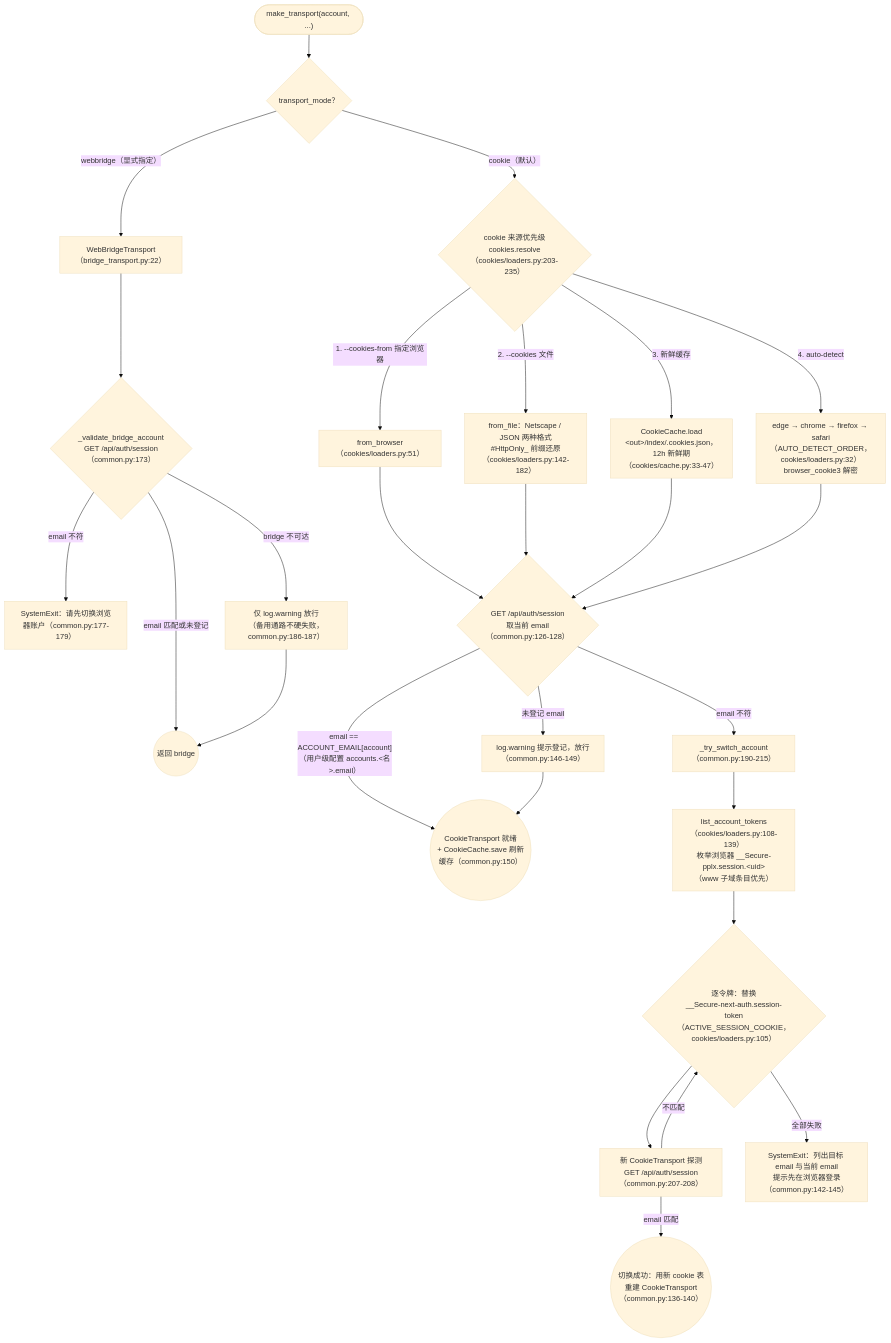
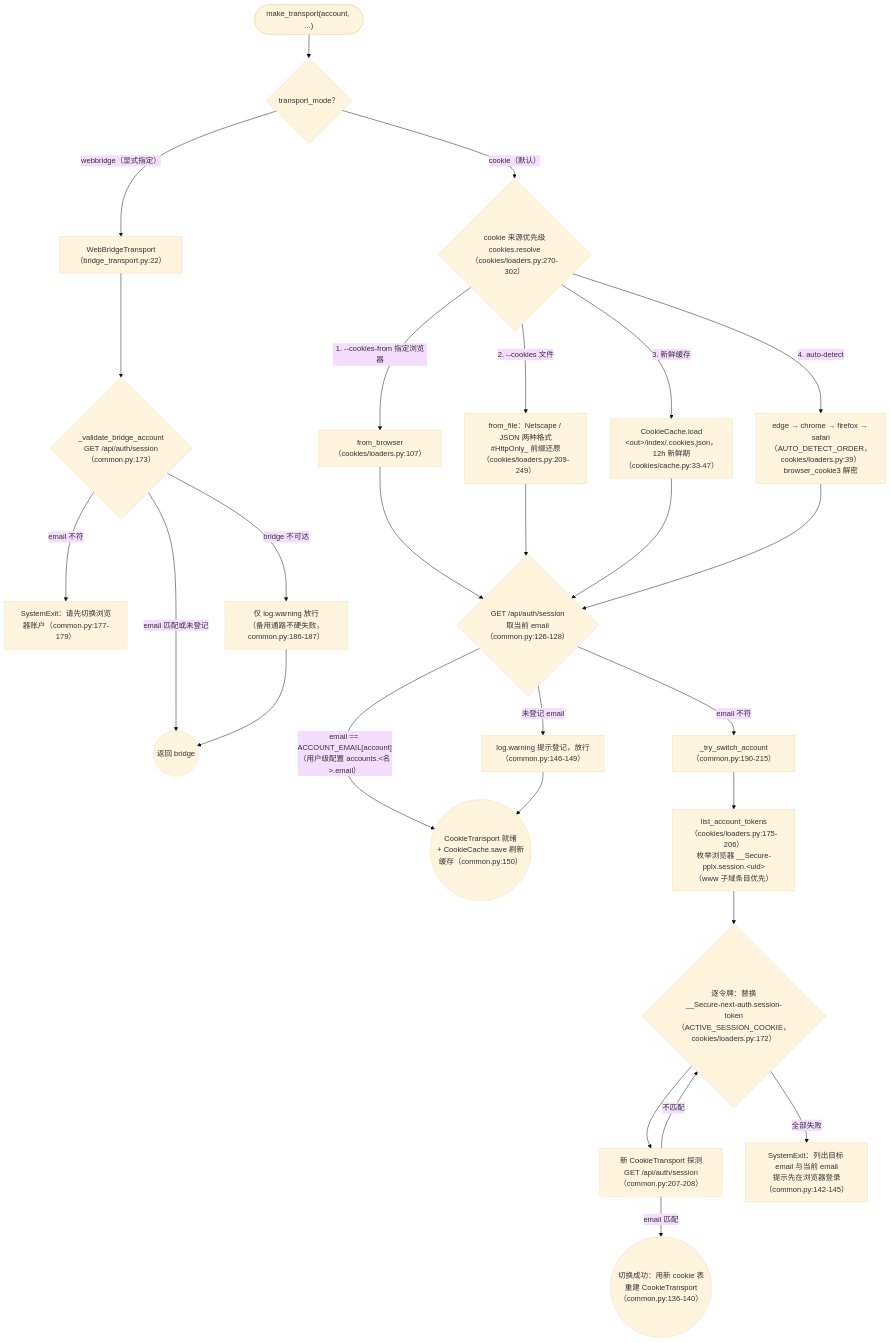
The second of 2 diagrams in docs/architecture/ask-and-accounts.zh-CN.md (Yiksing/pplx-tools), drawn with Mermaid (base theme) before and after one commit. The commit also changed other lines of this file and 7 other files, not shown here.

Commit message:
docs(guide,architecture): document the keyring D-Bus fallback and refresh loaders.py line references

````diff
--- a/docs/architecture/ask-and-accounts.zh-CN.md
+++ b/docs/architecture/ask-and-accounts.zh-CN.md
@@ -71,30 +71,30 @@
 ```mermaid
 flowchart TD
     START(["make_transport(account, ...)"]) --> MODE{"transport_mode？"}
     MODE -->|"webbridge（显式指定）"| WB1["WebBridgeTransport（bridge_transport.py:22）"]
     WB1 --> WB2{"_validate_bridge_account<br/>GET /api/auth/session（common.py:173）"}
     WB2 -->|"email 匹配或未登记"| WBOK(("返回 bridge"))
     WB2 -->|"email 不符"| WBERR["SystemExit：请先切换浏览器账户（common.py:177-179）"]
     WB2 -->|"bridge 不可达"| WBWARN["仅 log.warning 放行<br/>（备用通路不硬失败，common.py:186-187）"]
     WBWARN --> WBOK
 
-    MODE -->|"cookie（默认）"| SRC{"cookie 来源优先级<br/>cookies.resolve（cookies/loaders.py:203-235）"}
-    SRC -->|"1. --cookies-from 指定浏览器"| F1["from_browser（cookies/loaders.py:51）"]
-    SRC -->|"2. --cookies 文件"| F2["from_file：Netscape / JSON 两种格式<br/>#HttpOnly_ 前缀还原（cookies/loaders.py:142-182）"]
+    MODE -->|"cookie（默认）"| SRC{"cookie 来源优先级<br/>cookies.resolve（cookies/loaders.py:270-302）"}
+    SRC -->|"1. --cookies-from 指定浏览器"| F1["from_browser（cookies/loaders.py:107）"]
+    SRC -->|"2. --cookies 文件"| F2["from_file：Netscape / JSON 两种格式<br/>#HttpOnly_ 前缀还原（cookies/loaders.py:209-249）"]
     SRC -->|"3. 新鲜缓存"| F3["CookieCache.load<br/>&lt;out&gt;/index/.cookies.json，12h 新鲜期<br/>（cookies/cache.py:33-47）"]
-    SRC -->|"4. auto-detect"| F4["edge → chrome → firefox → safari<br/>（AUTO_DETECT_ORDER，cookies/loaders.py:32）<br/>browser_cookie3 解密"]
+    SRC -->|"4. auto-detect"| F4["edge → chrome → firefox → safari<br/>（AUTO_DETECT_ORDER，cookies/loaders.py:39）<br/>browser_cookie3 解密"]
     F1 --> SESS
     F2 --> SESS
     F3 --> SESS
     F4 --> SESS
     SESS{"GET /api/auth/session<br/>取当前 email（common.py:126-128）"}
     SESS -->|"email == ACCOUNT_EMAIL[account]<br/>（用户级配置 accounts.&lt;名&gt;.email）"| OK(("CookieTransport 就绪<br/>+ CookieCache.save 刷新缓存（common.py:150）"))
     SESS -->|"未登记 email"| WARN2["log.warning 提示登记，放行（common.py:146-149）"] --> OK
     SESS -->|"email 不符"| SW["_try_switch_account（common.py:190-215）"]
-    SW --> ENUM["list_account_tokens（cookies/loaders.py:108-139）<br/>枚举浏览器 __Secure-pplx.session.&lt;uid&gt;<br/>（www 子域条目优先）"]
-    ENUM --> LOOP{"逐令牌：替换<br/>__Secure-next-auth.session-token<br/>（ACTIVE_SESSION_COOKIE，cookies/loaders.py:105）"}
+    SW --> ENUM["list_account_tokens（cookies/loaders.py:175-206）<br/>枚举浏览器 __Secure-pplx.session.&lt;uid&gt;<br/>（www 子域条目优先）"]
+    ENUM --> LOOP{"逐令牌：替换<br/>__Secure-next-auth.session-token<br/>（ACTIVE_SESSION_COOKIE，cookies/loaders.py:172）"}
     LOOP --> PROBE["新 CookieTransport 探测<br/>GET /api/auth/session（common.py:207-208）"]
     PROBE -->|"email 匹配"| SWOK(("切换成功：用新 cookie 表<br/>重建 CookieTransport（common.py:136-140）"))
     PROBE -->|"不匹配"| LOOP
     LOOP -->|"全部失败"| ERR["SystemExit：列出目标 email 与当前 email<br/>提示先在浏览器登录（common.py:142-145）"]
 ```
````
